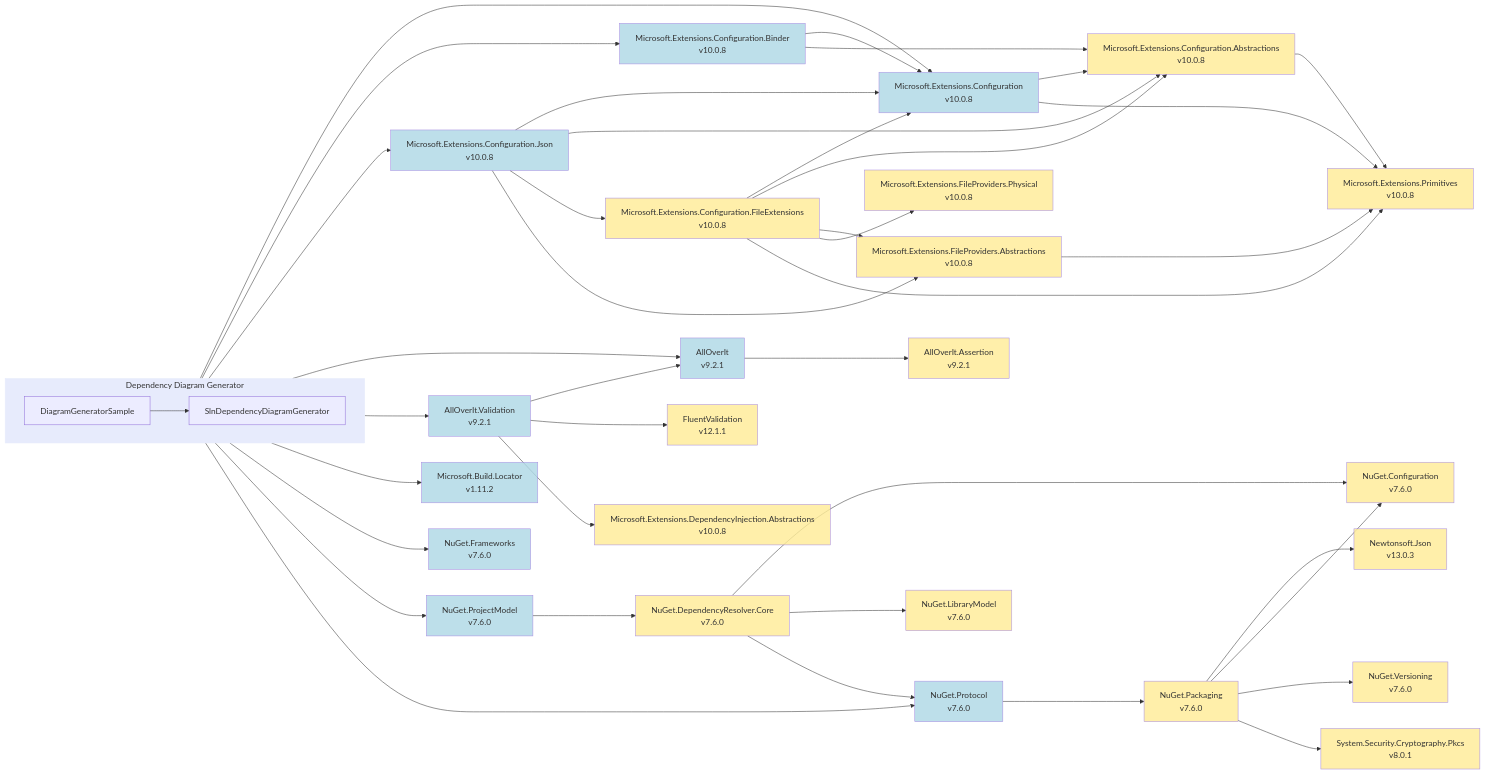
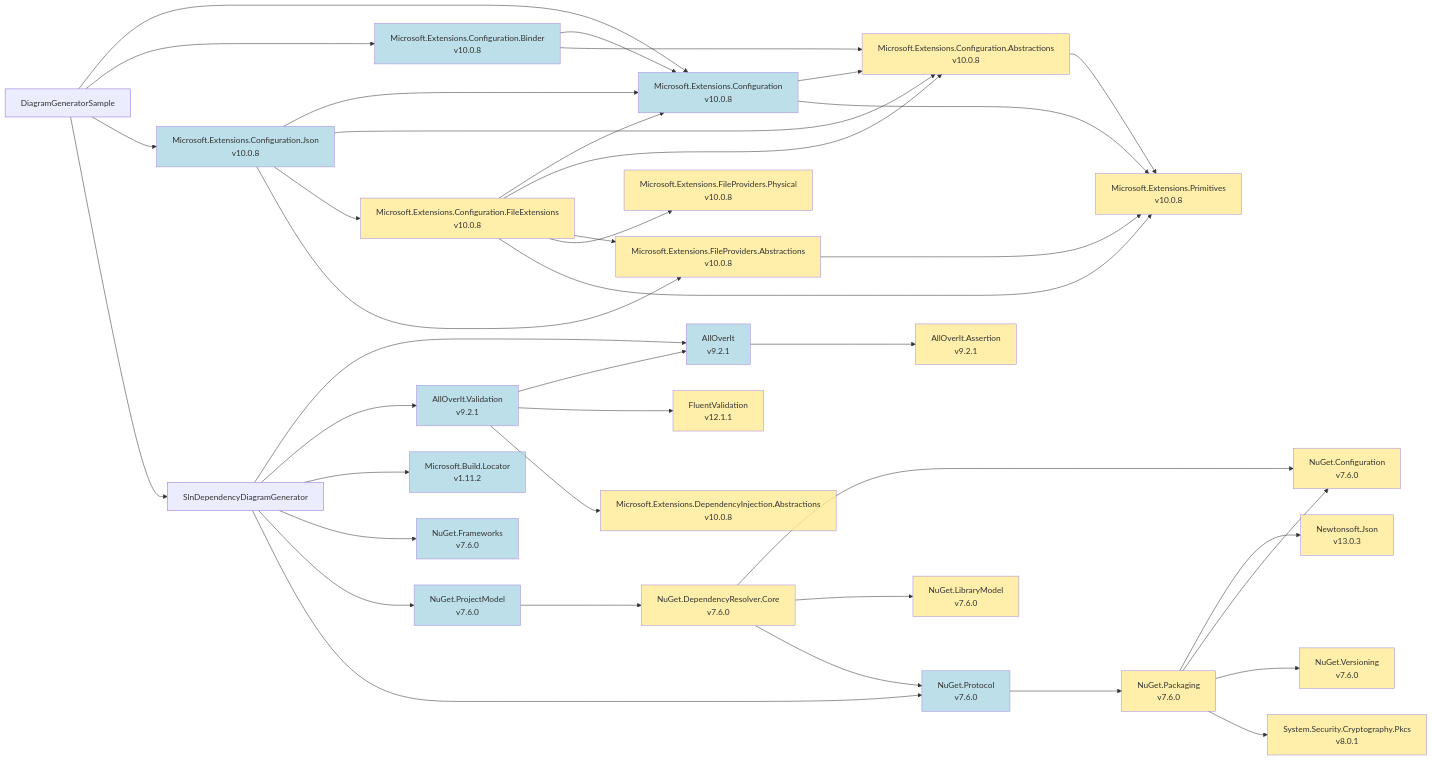
The diagram in Samples/Output/net10.0/mmd/diagramgeneratorsample.mmd (mjfreelancing/SlnDependencyDiagramGenerator), drawn with Mermaid before and after one commit. The commit also changed 71 other files, not shown here.

Commit message:
Add support in sample app for config file overrides using env variable - allows per diagram config overrides

```diff
--- a/Samples/Output/net10.0/mmd/diagramgeneratorsample.mmd
+++ b/Samples/Output/net10.0/mmd/diagramgeneratorsample.mmd
@@ -1,93 +1,89 @@
 flowchart LR
-  subgraph ddg["Dependency Diagram Generator"]
-    direction LR
-    ddg_diagramgeneratorsample["DiagramGeneratorSample"]
-    ddg_slndependencydiagramgenerator["SlnDependencyDiagramGenerator"]
-  end
+  diagramgeneratorsample["DiagramGeneratorSample"]
   microsoft-extensions-configuration_10-0-8["Microsoft.Extensions.Configuration<br>v10.0.8"]
   microsoft-extensions-configuration-abstractions_10-0-8["Microsoft.Extensions.Configuration.Abstractions<br>v10.0.8"]
   microsoft-extensions-primitives_10-0-8["Microsoft.Extensions.Primitives<br>v10.0.8"]
   microsoft-extensions-configuration-binder_10-0-8["Microsoft.Extensions.Configuration.Binder<br>v10.0.8"]
   microsoft-extensions-configuration-json_10-0-8["Microsoft.Extensions.Configuration.Json<br>v10.0.8"]
   microsoft-extensions-configuration-fileextensions_10-0-8["Microsoft.Extensions.Configuration.FileExtensions<br>v10.0.8"]
   microsoft-extensions-fileproviders-abstractions_10-0-8["Microsoft.Extensions.FileProviders.Abstractions<br>v10.0.8"]
   microsoft-extensions-fileproviders-physical_10-0-8["Microsoft.Extensions.FileProviders.Physical<br>v10.0.8"]
+  slndependencydiagramgenerator["SlnDependencyDiagramGenerator"]
   alloverit_9-2-1["AllOverIt<br>v9.2.1"]
   alloverit-assertion_9-2-1["AllOverIt.Assertion<br>v9.2.1"]
   alloverit-validation_9-2-1["AllOverIt.Validation<br>v9.2.1"]
   fluentvalidation_12-1-1["FluentValidation<br>v12.1.1"]
   microsoft-extensions-dependencyinjection-abstractions_10-0-8["Microsoft.Extensions.DependencyInjection.Abstractions<br>v10.0.8"]
   microsoft-build-locator_1-11-2["Microsoft.Build.Locator<br>v1.11.2"]
   nuget-frameworks_7-6-0["NuGet.Frameworks<br>v7.6.0"]
   nuget-projectmodel_7-6-0["NuGet.ProjectModel<br>v7.6.0"]
   nuget-dependencyresolver-core_7-6-0["NuGet.DependencyResolver.Core<br>v7.6.0"]
   nuget-configuration_7-6-0["NuGet.Configuration<br>v7.6.0"]
   nuget-librarymodel_7-6-0["NuGet.LibraryModel<br>v7.6.0"]
   nuget-protocol_7-6-0["NuGet.Protocol<br>v7.6.0"]
   nuget-packaging_7-6-0["NuGet.Packaging<br>v7.6.0"]
   newtonsoft-json_13-0-3["Newtonsoft.Json<br>v13.0.3"]
   nuget-versioning_7-6-0["NuGet.Versioning<br>v7.6.0"]
   system-security-cryptography-pkcs_8-0-1["System.Security.Cryptography.Pkcs<br>v8.0.1"]
-  ddg_diagramgeneratorsample --> microsoft-extensions-configuration_10-0-8
+  diagramgeneratorsample --> microsoft-extensions-configuration_10-0-8
   microsoft-extensions-configuration_10-0-8 --> microsoft-extensions-configuration-abstractions_10-0-8
   microsoft-extensions-configuration-abstractions_10-0-8 --> microsoft-extensions-primitives_10-0-8
   microsoft-extensions-configuration_10-0-8 --> microsoft-extensions-primitives_10-0-8
-  ddg_diagramgeneratorsample --> microsoft-extensions-configuration-binder_10-0-8
+  diagramgeneratorsample --> microsoft-extensions-configuration-binder_10-0-8
   microsoft-extensions-configuration-binder_10-0-8 --> microsoft-extensions-configuration_10-0-8
   microsoft-extensions-configuration-binder_10-0-8 --> microsoft-extensions-configuration-abstractions_10-0-8
-  ddg_diagramgeneratorsample --> microsoft-extensions-configuration-json_10-0-8
+  diagramgeneratorsample --> microsoft-extensions-configuration-json_10-0-8
   microsoft-extensions-configuration-json_10-0-8 --> microsoft-extensions-configuration_10-0-8
   microsoft-extensions-configuration-json_10-0-8 --> microsoft-extensions-configuration-abstractions_10-0-8
   microsoft-extensions-configuration-json_10-0-8 --> microsoft-extensions-configuration-fileextensions_10-0-8
   microsoft-extensions-configuration-fileextensions_10-0-8 --> microsoft-extensions-configuration_10-0-8
   microsoft-extensions-configuration-fileextensions_10-0-8 --> microsoft-extensions-configuration-abstractions_10-0-8
   microsoft-extensions-configuration-fileextensions_10-0-8 --> microsoft-extensions-fileproviders-abstractions_10-0-8
   microsoft-extensions-configuration-fileextensions_10-0-8 --> microsoft-extensions-fileproviders-physical_10-0-8
   microsoft-extensions-configuration-fileextensions_10-0-8 --> microsoft-extensions-primitives_10-0-8
   microsoft-extensions-configuration-json_10-0-8 --> microsoft-extensions-fileproviders-abstractions_10-0-8
   microsoft-extensions-fileproviders-abstractions_10-0-8 --> microsoft-extensions-primitives_10-0-8
-  ddg_diagramgeneratorsample --> ddg_slndependencydiagramgenerator
-  ddg_slndependencydiagramgenerator --> alloverit_9-2-1
+  diagramgeneratorsample --> slndependencydiagramgenerator
+  slndependencydiagramgenerator --> alloverit_9-2-1
   alloverit_9-2-1 --> alloverit-assertion_9-2-1
-  ddg_slndependencydiagramgenerator --> alloverit-validation_9-2-1
+  slndependencydiagramgenerator --> alloverit-validation_9-2-1
   alloverit-validation_9-2-1 --> alloverit_9-2-1
   alloverit-validation_9-2-1 --> fluentvalidation_12-1-1
   alloverit-validation_9-2-1 --> microsoft-extensions-dependencyinjection-abstractions_10-0-8
-  ddg_slndependencydiagramgenerator --> microsoft-build-locator_1-11-2
-  ddg_slndependencydiagramgenerator --> nuget-frameworks_7-6-0
-  ddg_slndependencydiagramgenerator --> nuget-projectmodel_7-6-0
+  slndependencydiagramgenerator --> microsoft-build-locator_1-11-2
+  slndependencydiagramgenerator --> nuget-frameworks_7-6-0
+  slndependencydiagramgenerator --> nuget-projectmodel_7-6-0
   nuget-projectmodel_7-6-0 --> nuget-dependencyresolver-core_7-6-0
   nuget-dependencyresolver-core_7-6-0 --> nuget-configuration_7-6-0
   nuget-dependencyresolver-core_7-6-0 --> nuget-librarymodel_7-6-0
   nuget-dependencyresolver-core_7-6-0 --> nuget-protocol_7-6-0
-  ddg_slndependencydiagramgenerator --> nuget-protocol_7-6-0
+  slndependencydiagramgenerator --> nuget-protocol_7-6-0
   nuget-protocol_7-6-0 --> nuget-packaging_7-6-0
   nuget-packaging_7-6-0 --> newtonsoft-json_13-0-3
   nuget-packaging_7-6-0 --> nuget-configuration_7-6-0
   nuget-packaging_7-6-0 --> nuget-versioning_7-6-0
   nuget-packaging_7-6-0 --> system-security-cryptography-pkcs_8-0-1
-  style ddg fill:#E7EBFC,stroke:#E7EBFC,stroke-width:1px,opacity:1
   style microsoft-extensions-configuration_10-0-8 fill:#ADD8E6,opacity:0.8
   style microsoft-extensions-configuration-abstractions_10-0-8 fill:#FFEC96,opacity:0.8
   style microsoft-extensions-primitives_10-0-8 fill:#FFEC96,opacity:0.8
   style microsoft-extensions-configuration-binder_10-0-8 fill:#ADD8E6,opacity:0.8
   style microsoft-extensions-configuration-json_10-0-8 fill:#ADD8E6,opacity:0.8
   style microsoft-extensions-configuration-fileextensions_10-0-8 fill:#FFEC96,opacity:0.8
   style microsoft-extensions-fileproviders-abstractions_10-0-8 fill:#FFEC96,opacity:0.8
   style microsoft-extensions-fileproviders-physical_10-0-8 fill:#FFEC96,opacity:0.8
   style alloverit_9-2-1 fill:#ADD8E6,opacity:0.8
   style alloverit-assertion_9-2-1 fill:#FFEC96,opacity:0.8
   style alloverit-validation_9-2-1 fill:#ADD8E6,opacity:0.8
   style fluentvalidation_12-1-1 fill:#FFEC96,opacity:0.8
   style microsoft-extensions-dependencyinjection-abstractions_10-0-8 fill:#FFEC96,opacity:0.8
   style microsoft-build-locator_1-11-2 fill:#ADD8E6,opacity:0.8
   style nuget-frameworks_7-6-0 fill:#ADD8E6,opacity:0.8
   style nuget-projectmodel_7-6-0 fill:#ADD8E6,opacity:0.8
   style nuget-dependencyresolver-core_7-6-0 fill:#FFEC96,opacity:0.8
   style nuget-configuration_7-6-0 fill:#FFEC96,opacity:0.8
   style nuget-librarymodel_7-6-0 fill:#FFEC96,opacity:0.8
   style nuget-protocol_7-6-0 fill:#ADD8E6,opacity:0.8
   style nuget-packaging_7-6-0 fill:#FFEC96,opacity:0.8
   style newtonsoft-json_13-0-3 fill:#FFEC96,opacity:0.8
   style nuget-versioning_7-6-0 fill:#FFEC96,opacity:0.8
   style system-security-cryptography-pkcs_8-0-1 fill:#FFEC96,opacity:0.8
```
